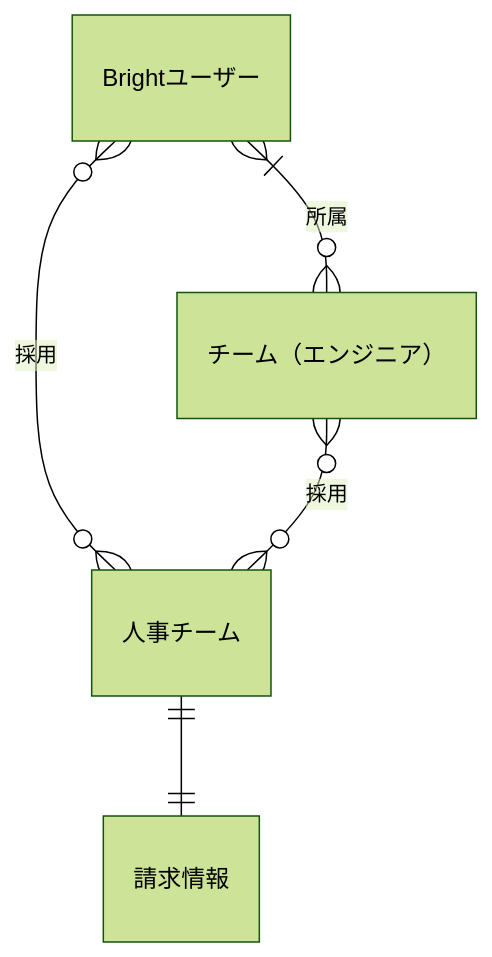
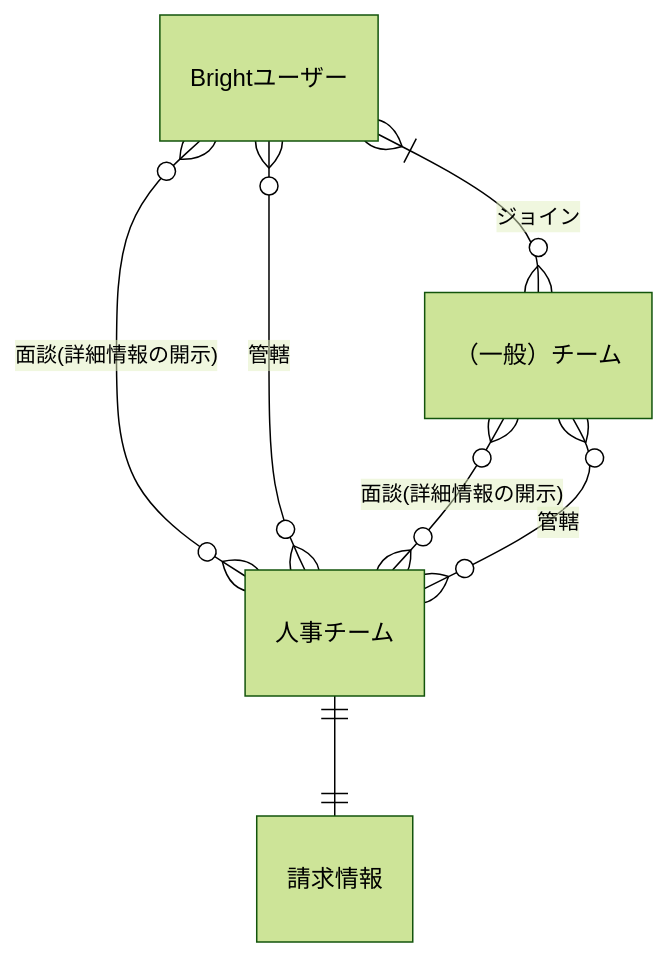
One commit to bright-org/bright changed the fourth of 10 diagrams in docs/conceptual_schemas/users.md. Above: the diagram before and after it, drawn with Mermaid (forest theme). The commit also changed other lines of this file, not shown here.

````diff
--- a/docs/conceptual_schemas/users.md
+++ b/docs/conceptual_schemas/users.md
@@ -65,7 +67,9 @@
 ```mermaid
 erDiagram
-  "Brightユーザー"}|--o{"チーム（エンジニア）" : "所属"
-  "Brightユーザー"}o--o{"人事チーム" : "採用"
-  "チーム（エンジニア）"}o--o{"人事チーム" : "採用"
+  "Brightユーザー"}|--o{"（一般）チーム" : "ジョイン"
+  "Brightユーザー"}o--o{"人事チーム" : "面談(詳細情報の開示)"
+  "Brightユーザー"}o--o{"人事チーム" : "管轄"
+  "（一般）チーム"}o--o{"人事チーム" : "面談(詳細情報の開示)"
+  "（一般）チーム"}o--o{"人事チーム" : "管轄"
   "人事チーム"||--||"請求情報" : ""
 ```
````
